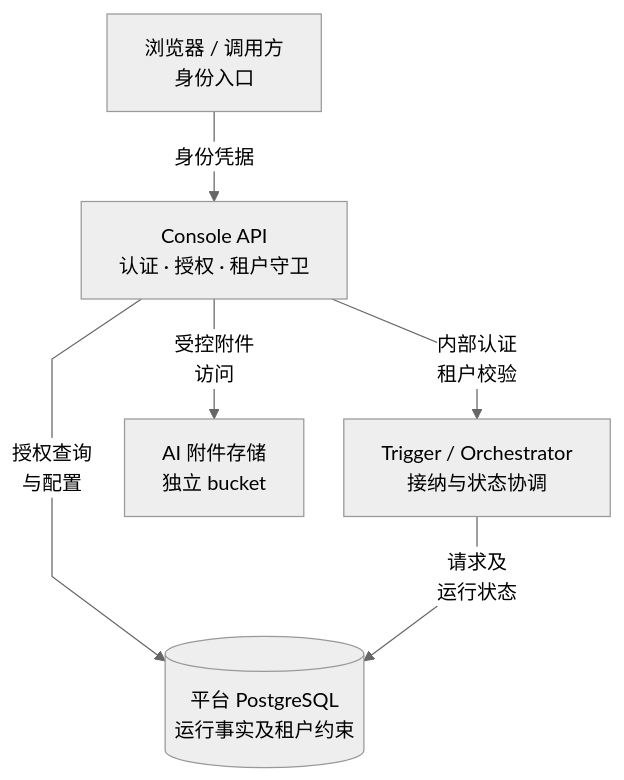
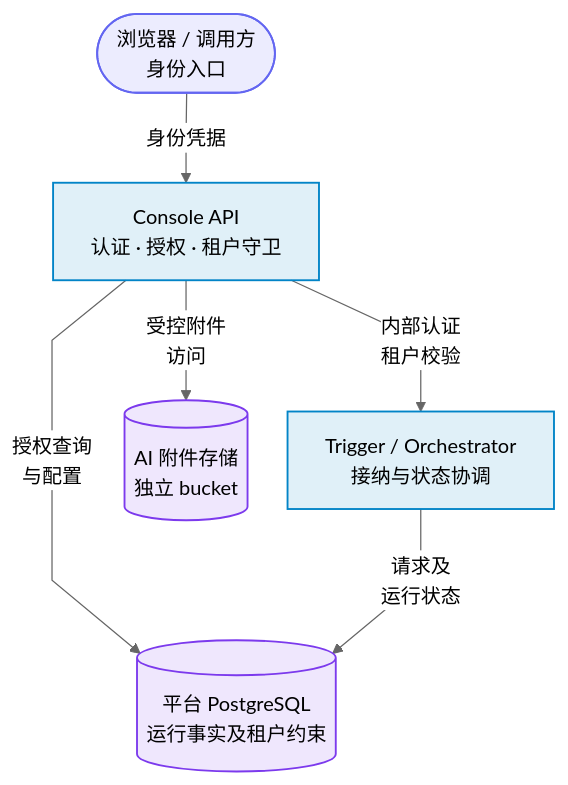
The first of 2 diagrams in docs/architecture/security-model.md (pinpols/file-batch-system), drawn with Mermaid (neutral theme) before and after one commit. The commit also changed other lines of this file and 9 other files, not shown here.

First line of the commit message:
docs(architecture): unify styling of the navigation architecture diagrams (#1365)

````diff
--- a/docs/architecture/security-model.md
+++ b/docs/architecture/security-model.md
@@ -35,9 +35,22 @@
 ```mermaid
 %%{init: {"flowchart":{"curve":"linear","nodeSpacing":32,"rankSpacing":48},"sequence":{"mirrorActors":false}}}%%
 flowchart TB
-  U["浏览器 / 调用方<br/>身份入口"] -->|"身份凭据"| C["Console API<br/>认证 · 授权 · 租户守卫"]
-  C -->|"内部认证<br/>租户校验"| O["Trigger / Orchestrator<br/>接纳与状态协调"]
-  C -->|"授权查询<br/>与配置"| PG[("平台 PostgreSQL<br/>运行事实及租户约束")]
+
+  U(["浏览器 / 调用方<br/>身份入口"]):::entry
+  C["Console API<br/>认证 · 授权 · 租户守卫"]:::control
+  O["Trigger / Orchestrator<br/>接纳与状态协调"]:::control
+  PG[("平台 PostgreSQL<br/>运行事实及租户约束")]:::store
+  AI[("AI 附件存储<br/>独立 bucket")]:::store
+  U -->|"身份凭据"| C
+  C -->|"内部认证<br/>租户校验"| O
+  C -->|"授权查询<br/>与配置"| PG
   O -->|"请求及<br/>运行状态"| PG
-  C -->|"受控附件<br/>访问"| AI["AI 附件存储<br/>独立 bucket"]
+  C -->|"受控附件<br/>访问"| AI
+  classDef entry fill:#6366f11f,stroke:#6366f1,stroke-width:1.5px
+  classDef control fill:#0284c71f,stroke:#0284c7,stroke-width:1.5px
+  classDef mq fill:#d977061f,stroke:#d97706,stroke-width:1.5px
+  classDef worker fill:#0596691f,stroke:#059669,stroke-width:1.5px
+  classDef store fill:#7c3aed1f,stroke:#7c3aed,stroke-width:1.5px
+  classDef ext fill:#64748b14,stroke:#64748b,stroke-width:1.2px,stroke-dasharray:4 3
+  classDef lib fill:#64748b14,stroke:#64748b,stroke-width:1.2px
 ```
````
